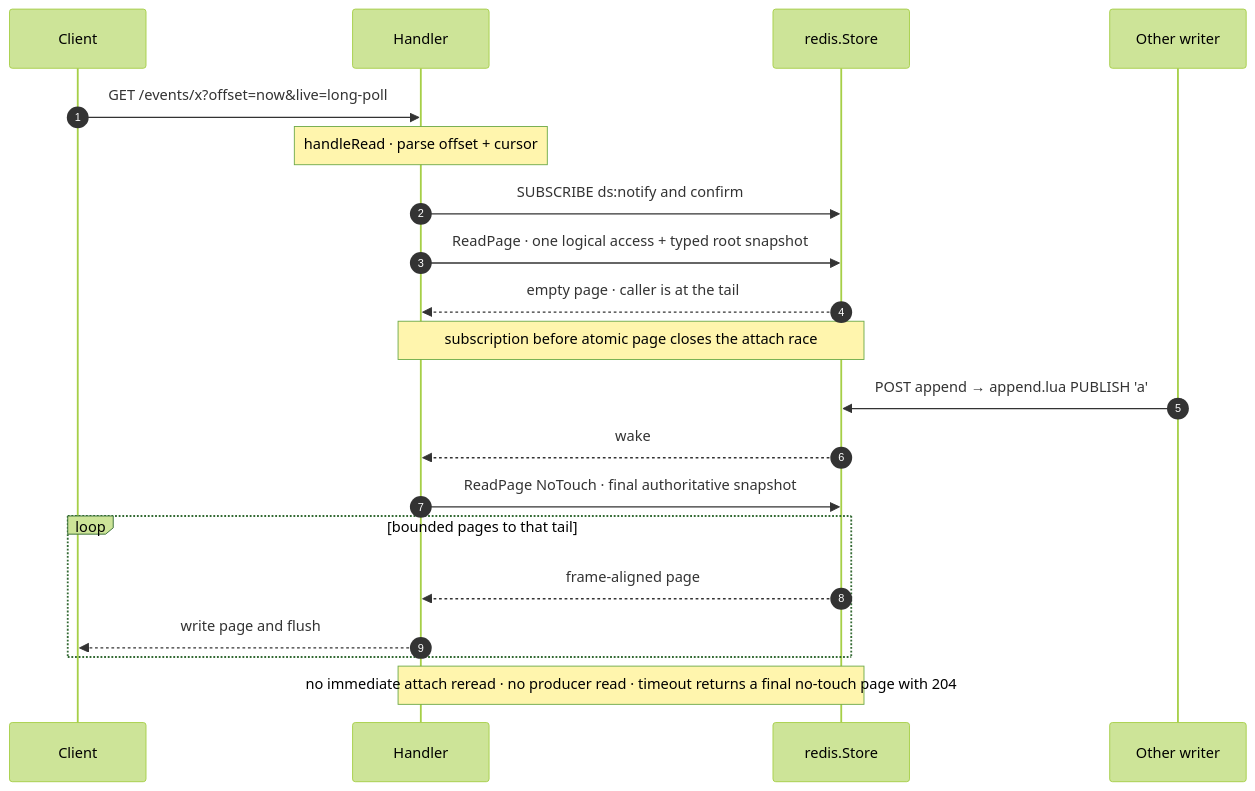
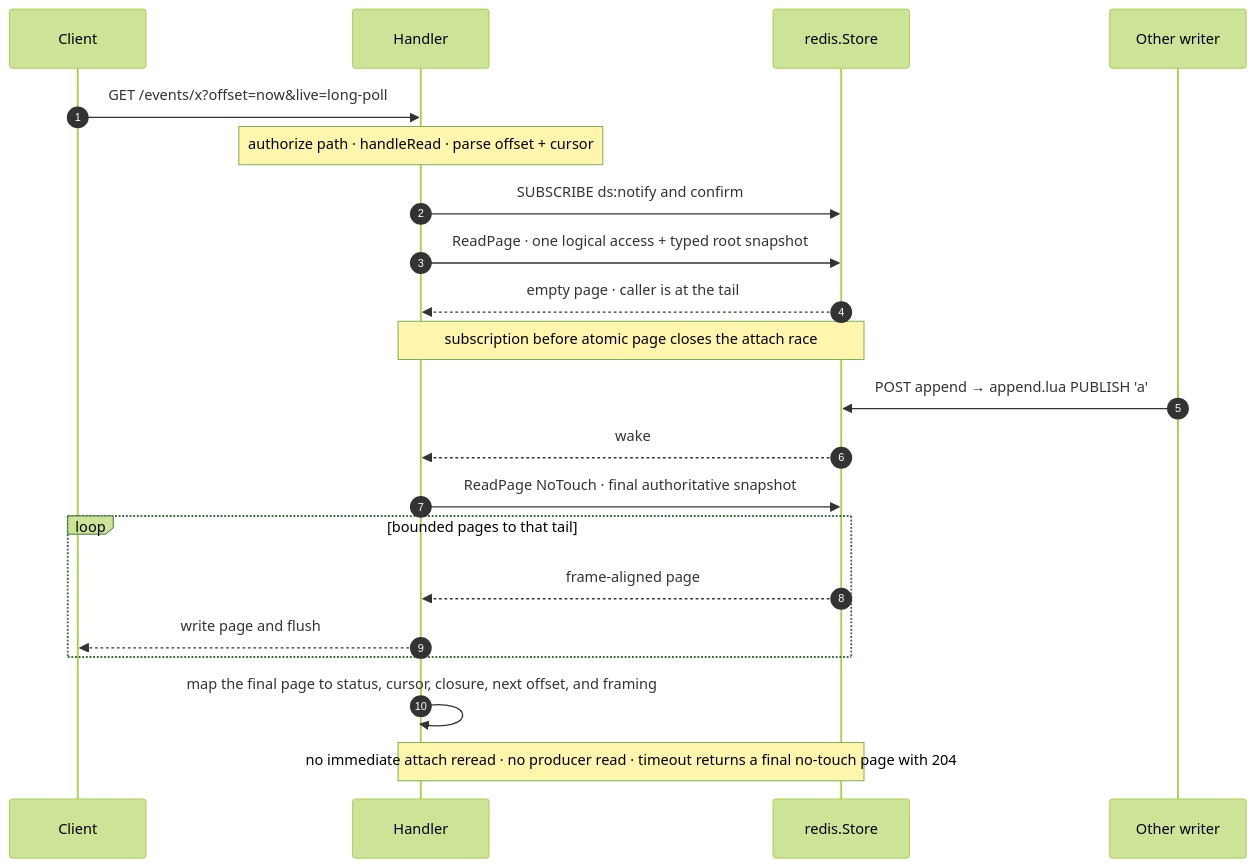
Before and after one commit to adityavkk/chronicle: the diagram in docs-site/diagrams/seq-trace-read.mmd, drawn with Mermaid (forest theme). The commit also changed 35 other files, not shown here.

```diff
--- a/docs-site/diagrams/seq-trace-read.mmd
+++ b/docs-site/diagrams/seq-trace-read.mmd
@@ -1,20 +1,21 @@
 sequenceDiagram
     autonumber
     participant C as Client
     participant H as Handler
     participant S as redis.Store
     participant P as Other writer
     C->>H: GET /events/x?offset=now&live=long-poll
-    Note over H: handleRead · parse offset + cursor
+    Note over H: authorize path · handleRead · parse offset + cursor
     H->>S: SUBSCRIBE ds:notify and confirm
     H->>S: ReadPage · one logical access + typed root snapshot
     S-->>H: empty page · caller is at the tail
     Note over H,S: subscription before atomic page closes the attach race
     P->>S: POST append → append.lua PUBLISH 'a'
     S-->>H: wake
     H->>S: ReadPage NoTouch · final authoritative snapshot
     loop bounded pages to that tail
         S-->>H: frame-aligned page
         H-->>C: write page and flush
     end
+    H->>H: map the final page to status, cursor, closure, next offset, and framing
     Note over H,S: no immediate attach reread · no producer read · timeout returns a final no-touch page with 204
```
